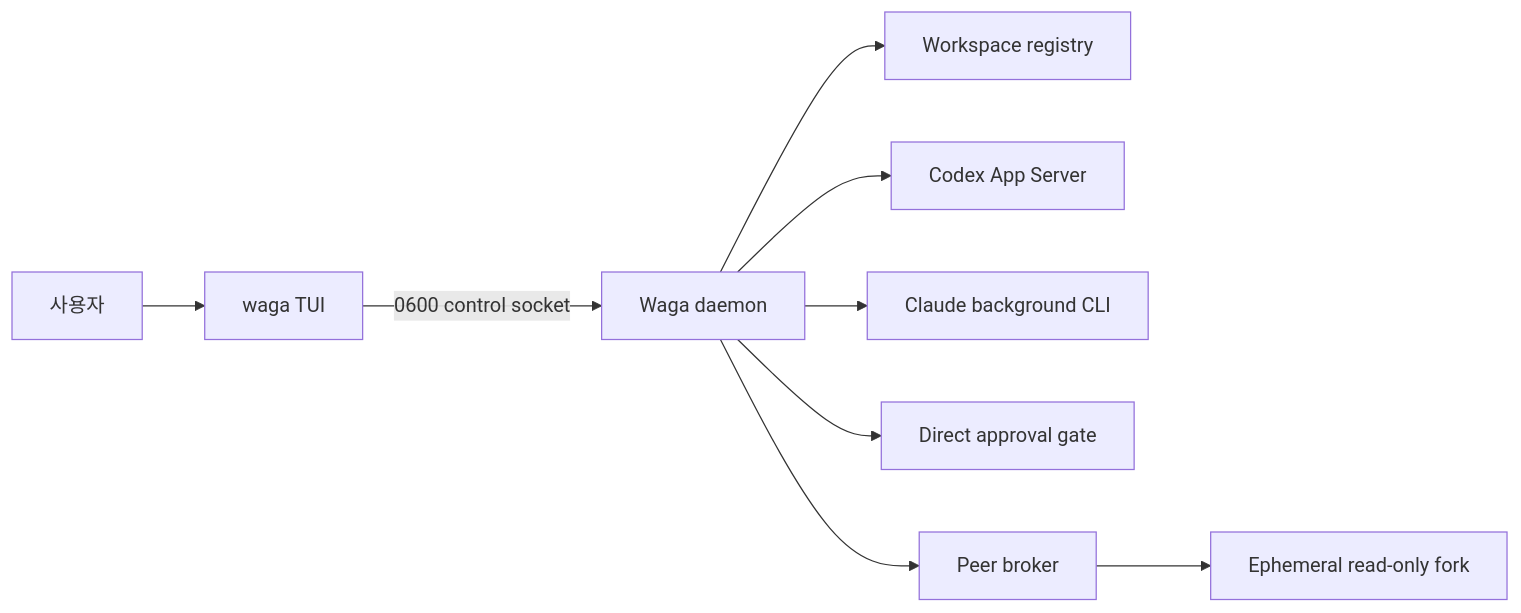
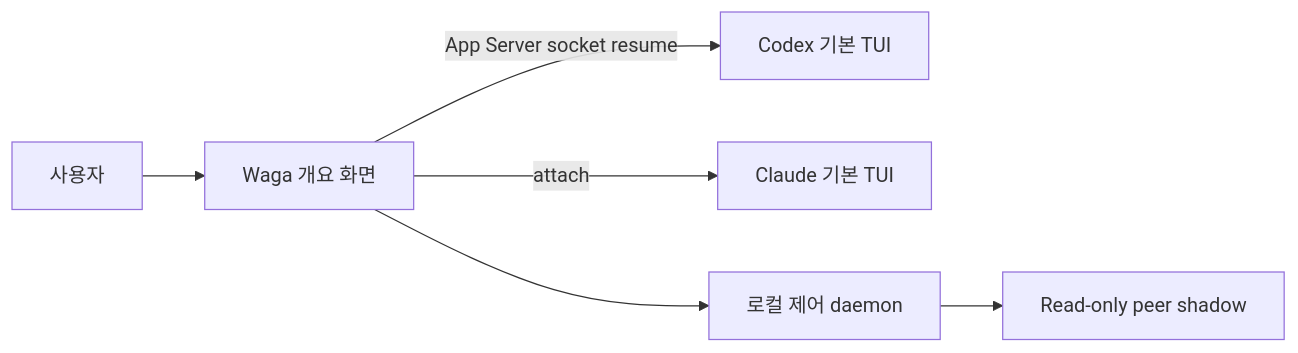
Before and after one commit to dkwlsdl3/wattari-gattari: the diagram in README.ko.md, drawn with Mermaid. The commit also changed other lines of this file and 56 other files, not shown here.

````diff
--- a/README.ko.md
+++ b/README.ko.md
@@ -58,11 +27,8 @@
 ```mermaid
 flowchart LR
-  Human[사용자] --> TUI[waga TUI]
-  TUI -->|0600 control socket| Host[Waga daemon]
-  Host --> Registry[Workspace registry]
-  Host --> Codex[Codex App Server]
-  Host --> Claude[Claude background CLI]
-  Host --> Gate[Direct approval gate]
-  Host --> Broker[Peer broker]
-  Broker --> Shadow[Ephemeral read-only fork]
+  Human[사용자] --> Waga[Waga 개요 화면]
+  Waga -->|App Server socket resume| Codex[Codex 기본 TUI]
+  Waga -->|attach| Claude[Claude 기본 TUI]
+  Waga --> Host[로컬 제어 daemon]
+  Host --> Shadow[Read-only peer shadow]
 ```
````
